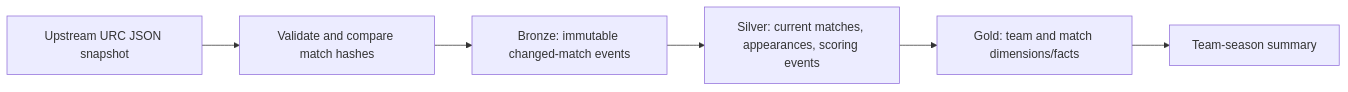
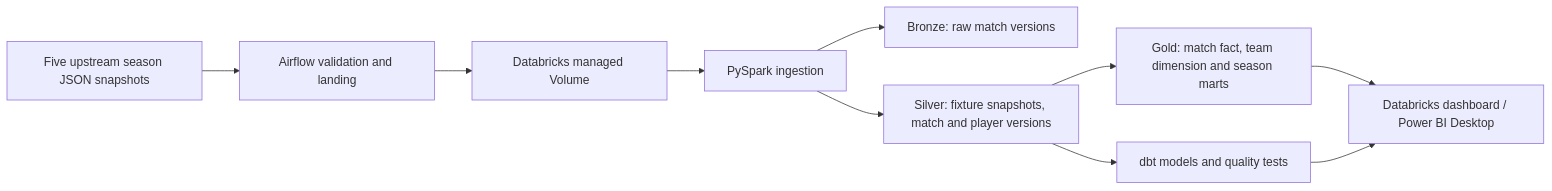
The diagram in README.md (nlr20/rugby-analytics-lakehouse), drawn with Mermaid before and after one commit. The commit also changed other lines of this file and 24 other files, not shown here.

Commit message:
Extend rugby lakehouse to five URC seasons

````diff
--- a/README.md
+++ b/README.md
@@ -9,8 +9,12 @@
 ```mermaid
 flowchart LR
-    A[Upstream URC JSON snapshot] --> B[Validate and compare match hashes]
-    B --> C[Bronze: immutable changed-match events]
-    C --> D[Silver: current matches, appearances, scoring events]
-    D --> E[Gold: team and match dimensions/facts]
-    E --> F[Team-season summary]
+    A[Five upstream season JSON snapshots] --> B[Airflow validation and landing]
+    B --> C[Databricks managed Volume]
+    C --> D[PySpark ingestion]
+    D --> E[Bronze: raw match versions]
+    D --> F[Silver: fixture snapshots, match and player versions]
+    F --> G[Gold: match fact, team dimension and season marts]
+    F --> H[dbt models and quality tests]
+    G --> I[Databricks dashboard / Power BI Desktop]
+    H --> I
 ```
````
